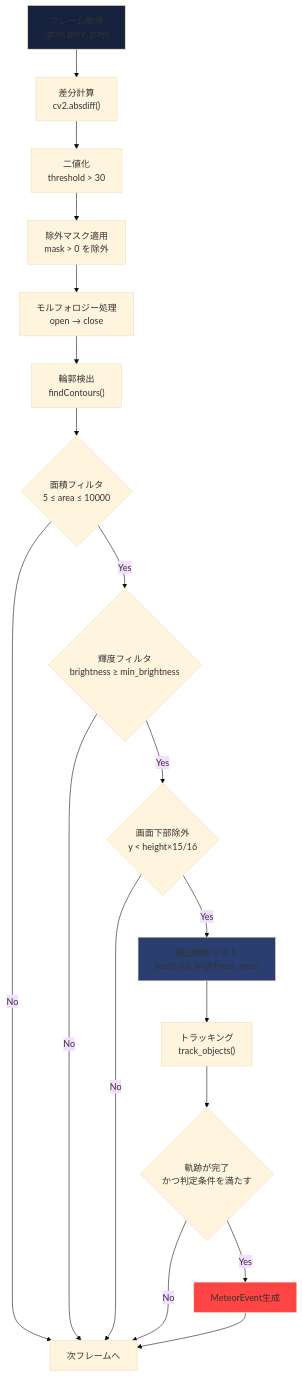
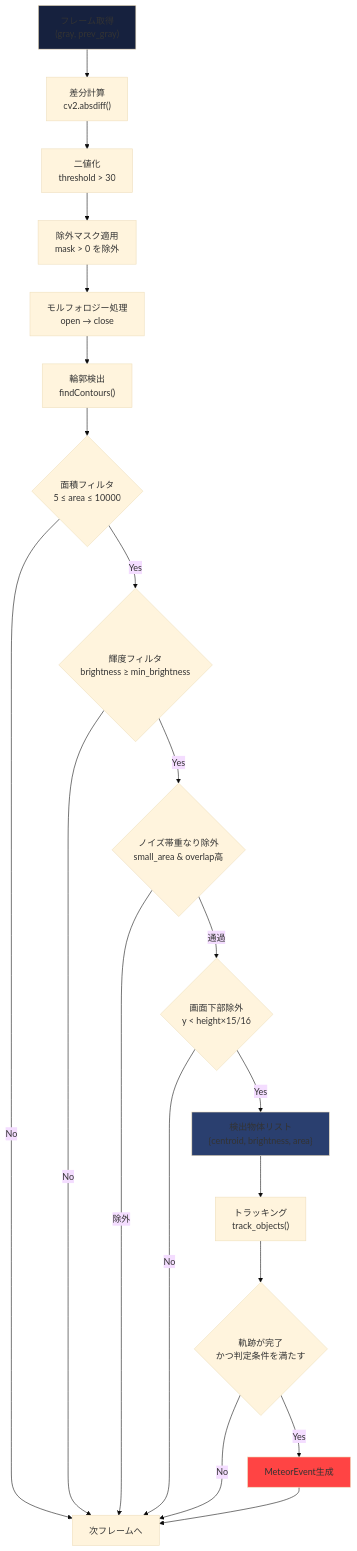
Before and after one commit to Masakai/meteo: the fifth of 12 diagrams in documents/DETECTOR_COMPONENTS.md, drawn with Mermaid (base theme). The commit also changed other lines of this file and 10 other files, not shown here.

````diff
--- a/documents/DETECTOR_COMPONENTS.md
+++ b/documents/DETECTOR_COMPONENTS.md
@@ -224,42 +231,45 @@
 ```mermaid
 flowchart TD
     Start["フレーム取得<br/>(gray, prev_gray)"]
     Diff["差分計算<br/>cv2.absdiff()"]
     Thresh["二値化<br/>threshold > 30"]
     Mask["除外マスク適用<br/>mask > 0 を除外"]
     Morph["モルフォロジー処理<br/>open → close"]
     Contours["輪郭検出<br/>findContours()"]
 
     Filter1{"面積フィルタ<br/>5 ≤ area ≤ 10000"}
     Filter2{"輝度フィルタ<br/>brightness ≥ min_brightness"}
+    Filter2b{"ノイズ帯重なり除外<br/>small_area & overlap高"}
     Filter3{"画面下部除外<br/>y < height×15/16"}
 
     Objects["検出物体リスト<br/>{centroid, brightness, area}"]
     Track["トラッキング<br/>track_objects()"]
 
     Decision{"軌跡が完了<br/>かつ判定条件を満たす"}
     Meteor["MeteorEvent生成"]
     End["次フレームへ"]
 
     Start --> Diff
     Diff --> Thresh
     Thresh --> Mask
     Mask --> Morph
     Morph --> Contours
     Contours --> Filter1
     Filter1 -->|"No"| End
     Filter1 -->|"Yes"| Filter2
     Filter2 -->|"No"| End
-    Filter2 -->|"Yes"| Filter3
+    Filter2 -->|"Yes"| Filter2b
+    Filter2b -->|"除外"| End
+    Filter2b -->|"通過"| Filter3
     Filter3 -->|"No"| End
     Filter3 -->|"Yes"| Objects
     Objects --> Track
     Track --> Decision
     Decision -->|"Yes"| Meteor
     Decision -->|"No"| End
     Meteor --> End
 
     style Start fill:#16213e
     style Meteor fill:#ff4444
     style Objects fill:#2a3f6f
 ```
````
